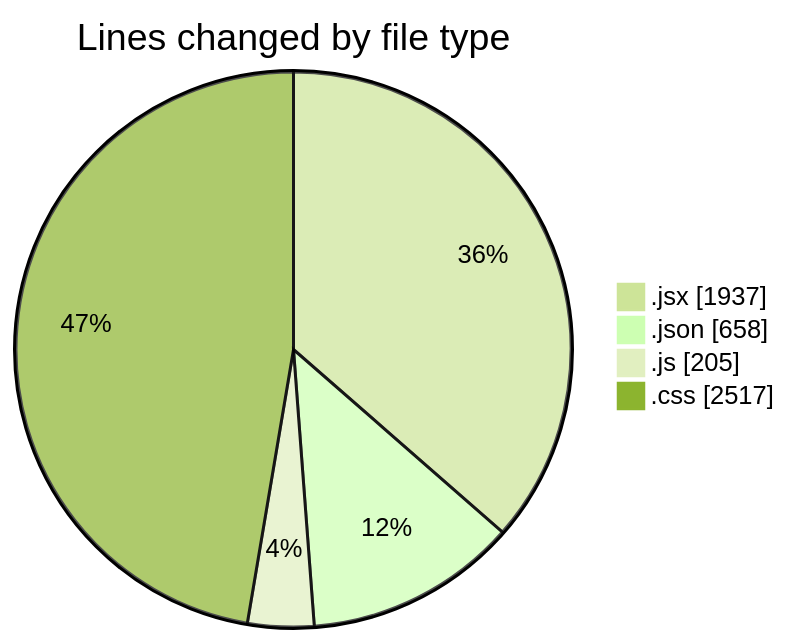
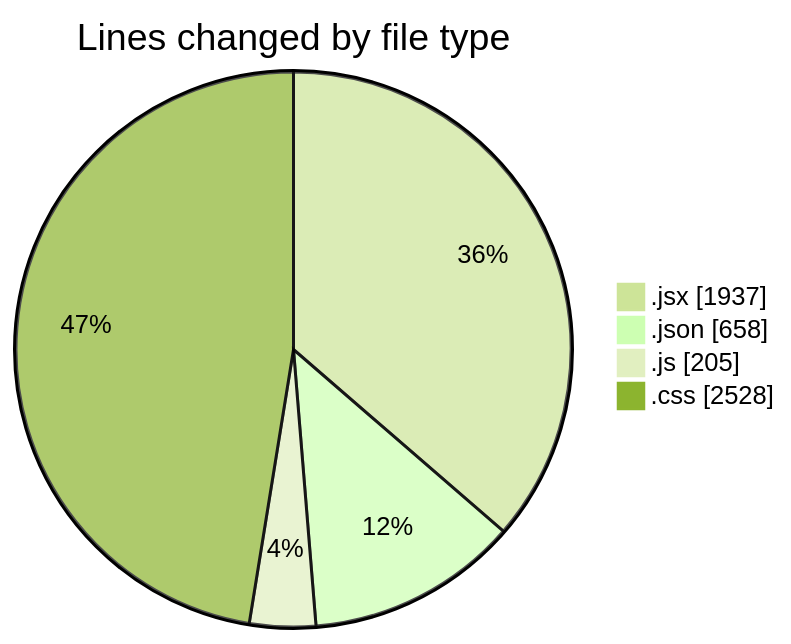
One commit to BS-eng2023/code-tracking changed the first of 2 diagrams in 2025-05-04/project/README.md. Above: the diagram before and after it, drawn with Mermaid (forest theme). The commit also changed other lines of this file and 1 other file, not shown here.

````diff
--- a/2025-05-04/project/README.md
+++ b/2025-05-04/project/README.md
@@ -43,8 +43,8 @@
 ```mermaid
 pie showData
 title Lines changed by file type
 ".jsx" : 1937
 ".json" : 658
 ".js" : 205
-".css" : 2517
+".css" : 2528
 ```
````
